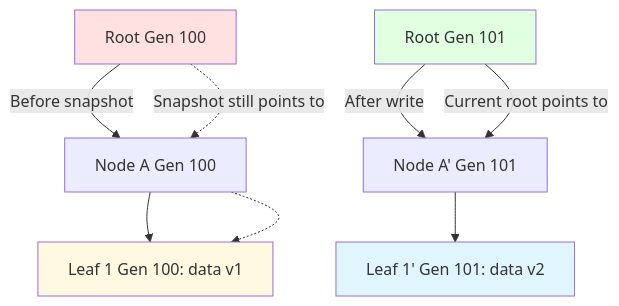
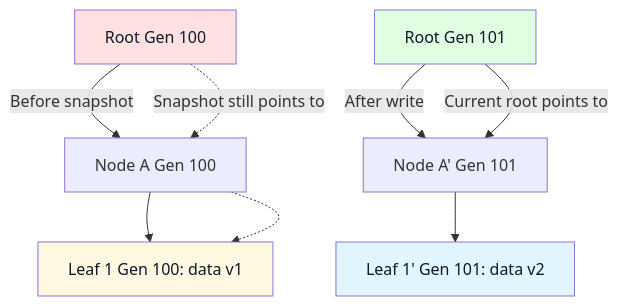
Before and after one commit to blebleblee/synapse: the third of 3 diagrams in topics/computing/infrastructure/linux/lesson_02_filesystem_design.md, drawn with Mermaid. The commit also changed other lines of this file and 1464 other files, not shown here.

Commit message:
feat(release): curriculum vector mermaid upgrade, render hardening, and master synpack

````diff
--- a/topics/computing/infrastructure/linux/lesson_02_filesystem_design.md
+++ b/topics/computing/infrastructure/linux/lesson_02_filesystem_design.md
@@ -1206,18 +1206,18 @@
 ```mermaid
 graph TD
     R1[Root Gen 100] -->|"Before snapshot"| N1[Node A Gen 100]
     N1 --> L1[Leaf 1 Gen 100: data v1]
     
     R2[Root Gen 101] -->|"After write"| N2[Node A' Gen 101]
     N2 --> L2[Leaf 1' Gen 101: data v2]
     
     R1 -.->|"Snapshot still points to"| N1
     N1 -.-> L1
     
     R2 -->|"Current root points to"| N2
     
-    style R1 fill:#ffe1e1
-    style R2 fill:#e1ffe1
-    style L1 fill:#fff9e1
-    style L2 fill:#e1f5ff
+    style R1 fill:#ffe1e1,color:#0f172a
+    style R2 fill:#e1ffe1,color:#0f172a
+    style L1 fill:#fff9e1,color:#0f172a
+    style L2 fill:#e1f5ff,color:#0f172a
 ```
````
